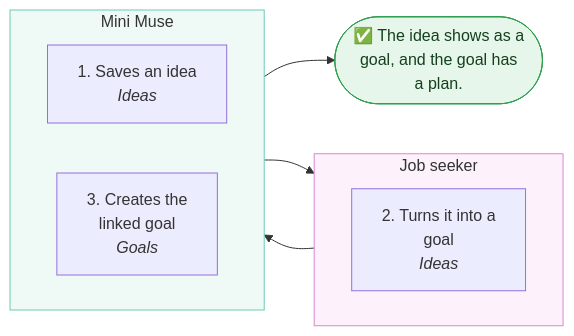
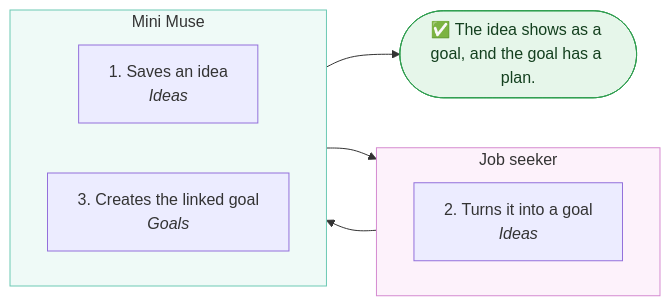
Before and after one commit to lngsa1234/mini-muse-mvp: the sixth of 6 diagrams in docs/product/baseline.md, drawn with Mermaid. The commit also changed other lines of this file, not shown here.

First line of the commit message:
docs: product baseline diagrams back to one-line labels (AgentForge plugin 0.4.4)

````diff
--- a/docs/product/baseline.md
+++ b/docs/product/baseline.md
@@ -271,21 +271,21 @@
 ```mermaid
 flowchart LR
   subgraph user_lane["Job seeker"]
     direction LR
-    s2["2. Turns it into a<br/>goal<br/><i>Ideas</i>"]
+    s2["2. Turns it into a goal<br/><i>Ideas</i>"]
   end
   subgraph agent_lane["Mini Muse"]
     direction LR
     s1["1. Saves an idea<br/><i>Ideas</i>"]
-    s3["3. Creates the<br/>linked goal<br/><i>Goals</i>"]
+    s3["3. Creates the linked goal<br/><i>Goals</i>"]
   end
   s1 --> s2
   s2 --> s3
-  done(["✅ The idea shows as a<br/>goal, and the goal has<br/>a plan."])
+  done(["✅ The idea shows as a goal, and the goal has a plan."])
   s3 --> done
   classDef approval fill:#fff4e0,stroke:#d18a1f,color:#5c3a00
   classDef outcome fill:#e6f6ea,stroke:#2f9e4f,color:#14401f
   style user_lane fill:#fdf2fb,stroke:#d58ad0
   style agent_lane fill:#effaf7,stroke:#6cc9b4
   class done outcome
 ```
````
